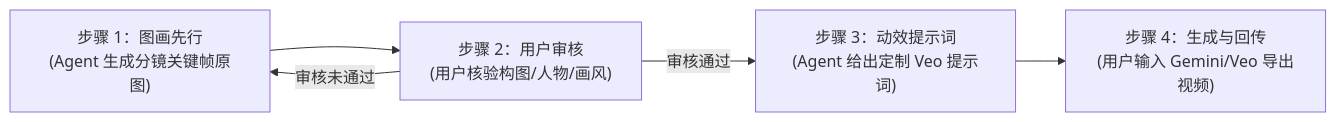
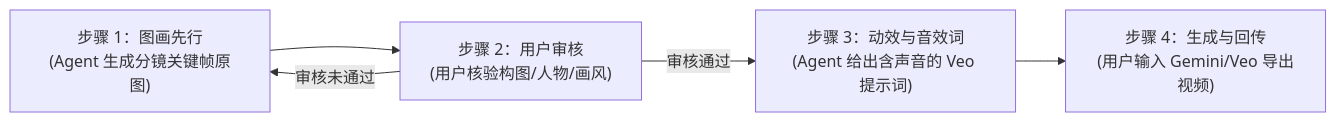
One commit to liuruikai963/maogai-seventh-penalty changed the diagram in docs/STYLE_CONSISTENCY_RULES.md. Above: the diagram before and after it, drawn with Mermaid. The commit also changed other lines of this file, not shown here.

Commit message:
docs: enforce mandatory audio, dialogue, and SFX constraints in Veo prompts

````diff
--- a/docs/STYLE_CONSISTENCY_RULES.md
+++ b/docs/STYLE_CONSISTENCY_RULES.md
@@ -27,7 +41,7 @@
 ```mermaid
 flowchart LR
     Step1["步骤 1：图画先行<br>(Agent 生成分镜关键帧原图)"] --> Step2["步骤 2：用户审核<br>(用户核验构图/人物/画风)"]
     Step2 --"审核未通过"--> Step1
-    Step2 --"审核通过"--> Step3["步骤 3：动效提示词<br>(Agent 给出定制 Veo 提示词)"]
+    Step2 --"审核通过"--> Step3["步骤 3：动效与音效词<br>(Agent 给出含声音的 Veo 提示词)"]
     Step3 --> Step4["步骤 4：生成与回传<br>(用户输入 Gemini/Veo 导出视频)"]
 ```
````
